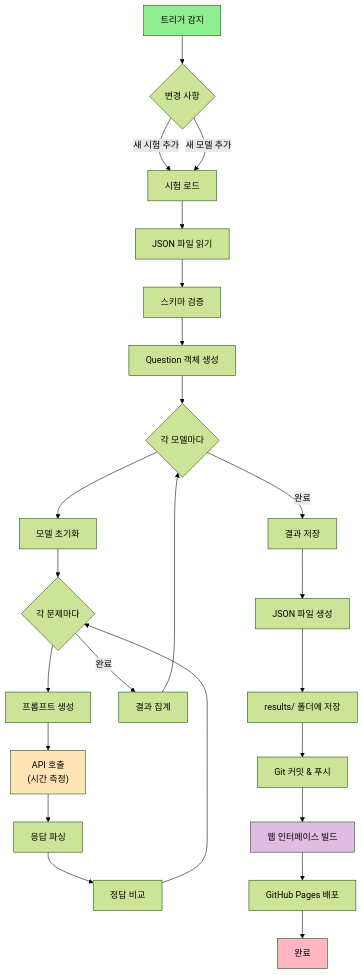
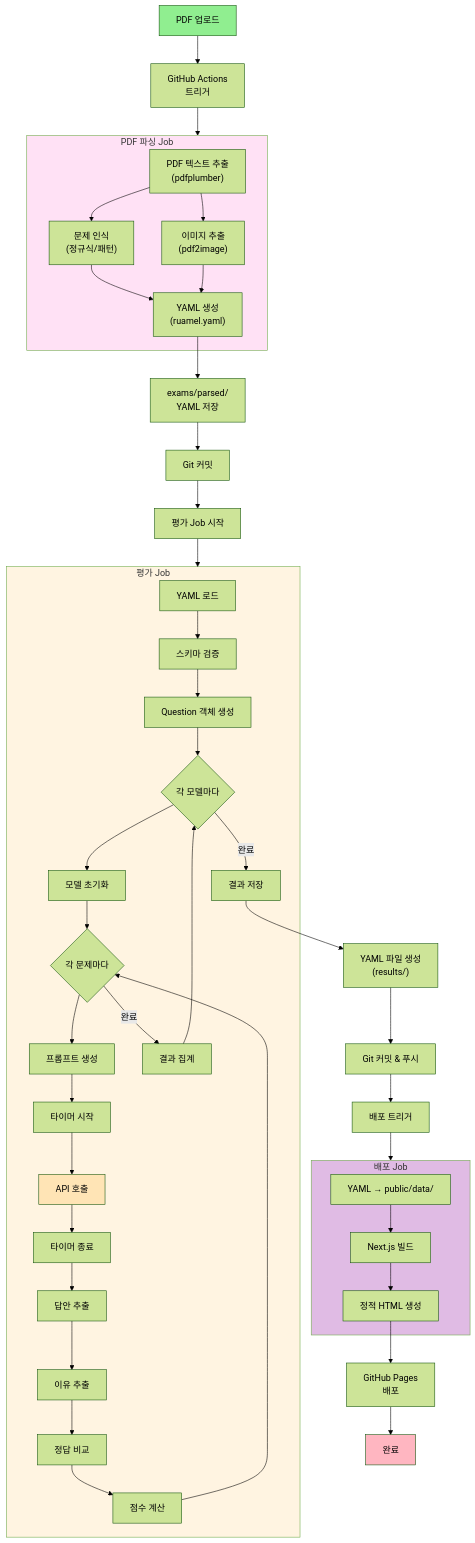
The fourth of 16 diagrams in docs/ARCHITECTURE.md (roboco-io/KSAT-AI-Benchmark), drawn with Mermaid (forest theme) before and after one commit. The commit also changed other lines of this file and 1 other file, not shown here.

Commit message:
docs: PRD 및 ARCHITECTURE 업데이트 - PDF 파싱, YAML 형식, Next.js+Mantine 반영

````diff
--- a/docs/ARCHITECTURE.md
+++ b/docs/ARCHITECTURE.md
@@ -226,38 +369,72 @@
 ```mermaid
 flowchart TD
-    start["트리거 감지"] --> detect{"변경 사항"}
-    detect -->|"새 시험 추가"| load
-    detect -->|"새 모델 추가"| load
+    start["PDF 업로드"] --> trigger["GitHub Actions<br/>트리거"]
     
-    load["시험 로드"] --> read["JSON 파일 읽기"]
-    read --> validate["스키마 검증"]
-    validate --> create["Question 객체 생성"]
+    subgraph parse["PDF 파싱 Job"]
+        extract["PDF 텍스트 추출<br/>(pdfplumber)"]
+        recognize["문제 인식<br/>(정규식/패턴)"]
+        images["이미지 추출<br/>(pdf2image)"]
+        yaml_gen["YAML 생성<br/>(ruamel.yaml)"]
+        
+        extract --> recognize
+        extract --> images
+        recognize --> yaml_gen
+        images --> yaml_gen
+    end
     
-    create --> model_loop{"각 모델마다"}
-    model_loop --> init["모델 초기화"]
+    trigger --> parse
+    yaml_gen --> parsed["exams/parsed/<br/>YAML 저장"]
+    parsed --> commit1["Git 커밋"]
     
-    init --> question_loop{"각 문제마다"}
-    question_loop --> prompt["프롬프트 생성"]
-    prompt --> api["API 호출<br/>(시간 측정)"]
-    api --> parse["응답 파싱"]
-    parse --> compare["정답 비교"]
-    compare --> question_loop
+    commit1 --> eval_start["평가 Job 시작"]
     
-    question_loop -->|"완료"| aggregate["결과 집계"]
-    aggregate --> model_loop
+    subgraph evaluate["평가 Job"]
+        load["YAML 로드"] --> validate["스키마 검증"]
+        validate --> create["Question 객체 생성"]
+        
+        create --> model_loop{"각 모델마다"}
+        model_loop --> init["모델 초기화"]
+        
+        init --> question_loop{"각 문제마다"}
+        question_loop --> prompt["프롬프트 생성"]
+        prompt --> timer_start["타이머 시작"]
+        timer_start --> api["API 호출"]
+        api --> timer_end["타이머 종료"]
+        timer_end --> extract_ans["답안 추출"]
+        extract_ans --> extract_reason["이유 추출"]
+        extract_reason --> check["정답 비교"]
+        check --> score["점수 계산"]
+        score --> question_loop
+        
+        question_loop -->|"완료"| aggregate["결과 집계"]
+        aggregate --> model_loop
+        
+        model_loop -->|"완료"| save["결과 저장"]
+    end
     
-    model_loop -->|"완료"| save["결과 저장"]
-    save --> json["JSON 파일 생성"]
-    json --> store["results/ 폴더에 저장"]
+    eval_start --> evaluate
+    save --> yaml_save["YAML 파일 생성<br/>(results/)"]
+    yaml_save --> commit2["Git 커밋 & 푸시"]
     
-    store --> commit["Git 커밋 & 푸시"]
-    commit --> deploy["웹 인터페이스 빌드"]
-    deploy --> pages["GitHub Pages 배포"]
+    commit2 --> deploy_trigger["배포 트리거"]
     
+    subgraph deploy["배포 Job"]
+        copy["YAML → public/data/"]
+        build["Next.js 빌드"]
+        export["정적 HTML 생성"]
+        
+        copy --> build
+        build --> export
+    end
+    
+    deploy_trigger --> deploy
+    export --> pages["GitHub Pages<br/>배포"]
     pages --> done["완료"]
     
     style start fill:#90EE90
     style done fill:#FFB6C1
+    style parse fill:#ffe1f5
+    style evaluate fill:#fff4e1
+    style deploy fill:#E0BBE4
     style api fill:#FFE4B5
-    style deploy fill:#E0BBE4
 ```
````
